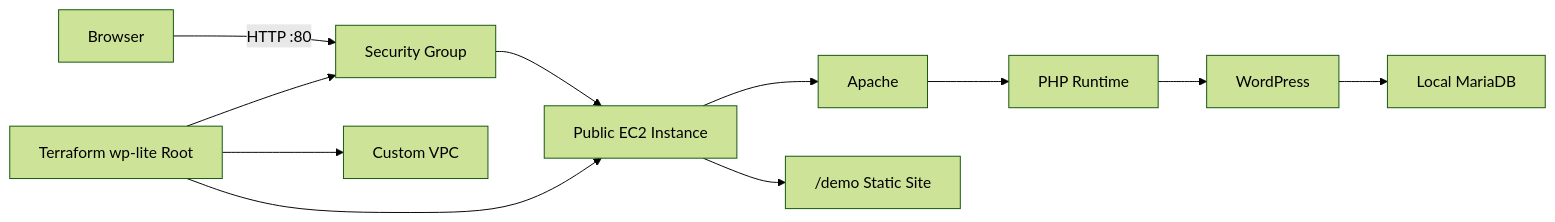
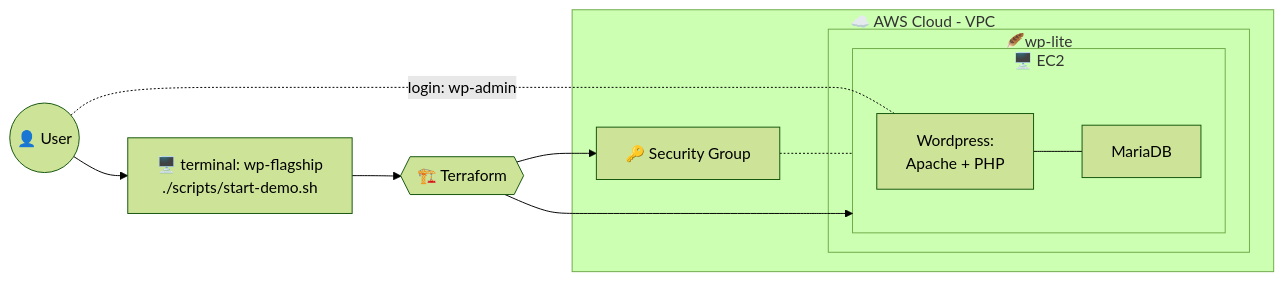
One commit to bebopinbebop/wordpress-flagship changed the diagram in docs/wp-lite-guide.md. Above: the diagram before and after it, drawn with Mermaid (forest theme). The commit also changed other lines of this file and 9 other files, not shown here.

````diff
--- a/docs/wp-lite-guide.md
+++ b/docs/wp-lite-guide.md
@@ -11,13 +13,31 @@
 ```mermaid
 flowchart LR
-    Browser["Browser"] -->|HTTP :80| SG["Security Group"]
-    SG --> EC2["Public EC2 Instance"]
-    EC2 --> Apache["Apache"]
-    Apache --> PHP["PHP Runtime"]
-    PHP --> WP["WordPress"]
-    WP --> MariaDB["Local MariaDB"]
-    EC2 --> Demo["/demo Static Site"]
-    Terraform["Terraform wp-lite Root"] --> VPC["Custom VPC"]
-    Terraform --> SG
+    User["🖥️ terminal: wp-flagship\n./scripts/start-demo.sh"]
+    USER((👤 User))
+    Terraform{{🏗️ Terraform}}
+
+    subgraph AWS["☁️ AWS Cloud - VPC"]
+        Security
+  
+            subgraph PUBLIC["🪶wp-lite"]
+                subgraph EC2[🖥️ EC2]
+                    Wordpress[Wordpress:\nApache + PHP]
+                    MariaDB
+
+                    Wordpress --- MariaDB
+                    
+                end
+            end
+
+    end
+
+    USER -.- |login: wp-admin| Wordpress
+    USER --> User
+    User --> Terraform
+
+    Security -.- EC2
+
     Terraform --> EC2
+    Terraform --> Security["🔑 Security Group"]
+   
 ```
````
